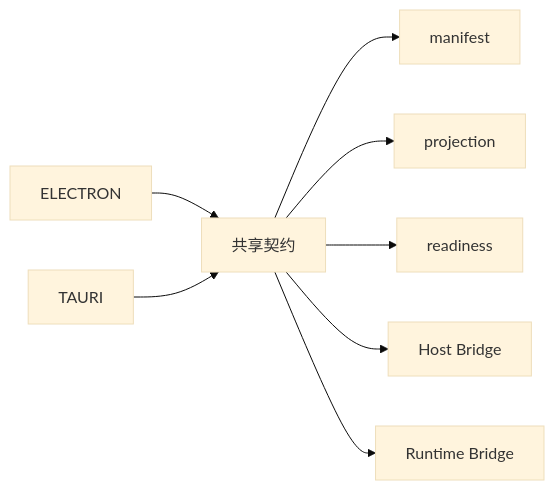
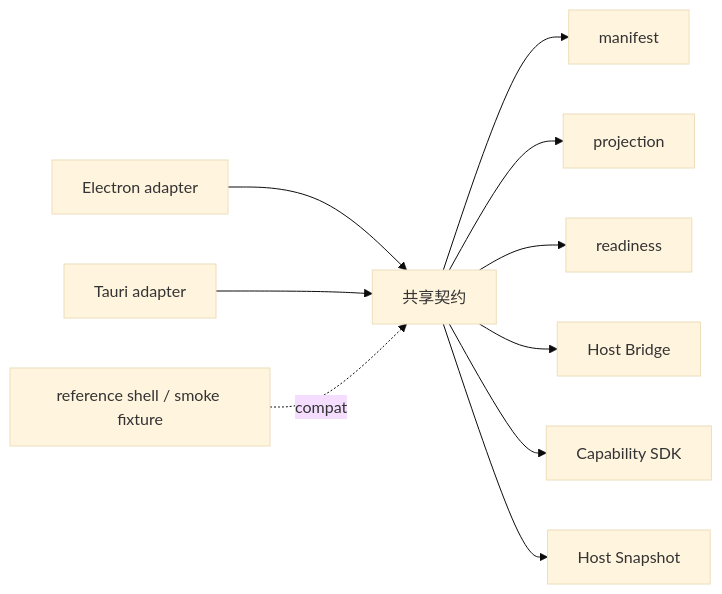
Diagram 16 of 20 in docs/v1/architecture-diagrams.md (limecloud/lime-desktop-platform), drawn with Mermaid (base theme) before and after one commit. The commit also changed other lines of this file and 85 other files, not shown here.

````diff
--- a/docs/v1/architecture-diagrams.md
+++ b/docs/v1/architecture-diagrams.md
@@ -247,10 +402,13 @@
 ```mermaid
 flowchart LR
-  Electron[ELECTRON] --> Contract[共享契约]
-  Tauri[TAURI] --> Contract
-  Contract --> Manifest[manifest]
+  Contract[共享契约] --> Manifest[manifest]
   Contract --> Projection[projection]
   Contract --> Readiness[readiness]
   Contract --> Bridge[Host Bridge]
-  Contract --> RuntimeBridge[Runtime Bridge]
+  Contract --> SDK[Capability SDK]
+  Contract --> Snapshot[Host Snapshot]
+
+  Electron[Electron adapter] --> Contract
+  Tauri[Tauri adapter] --> Contract
+  Reference[reference shell / smoke fixture] -. compat .-> Contract
 ```
````
